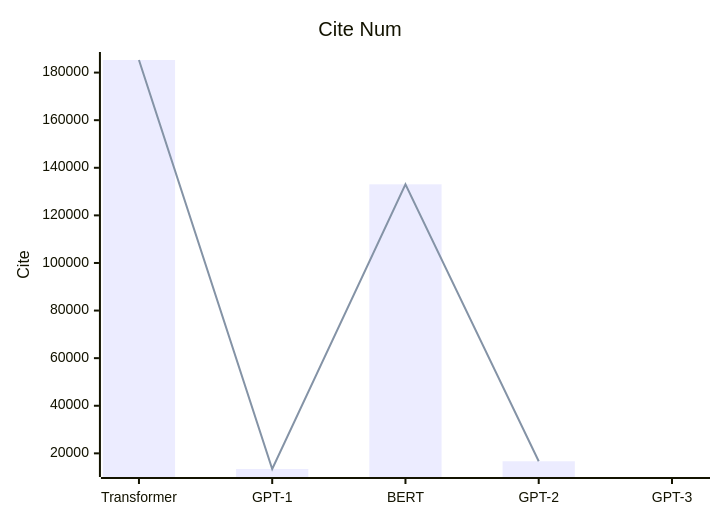
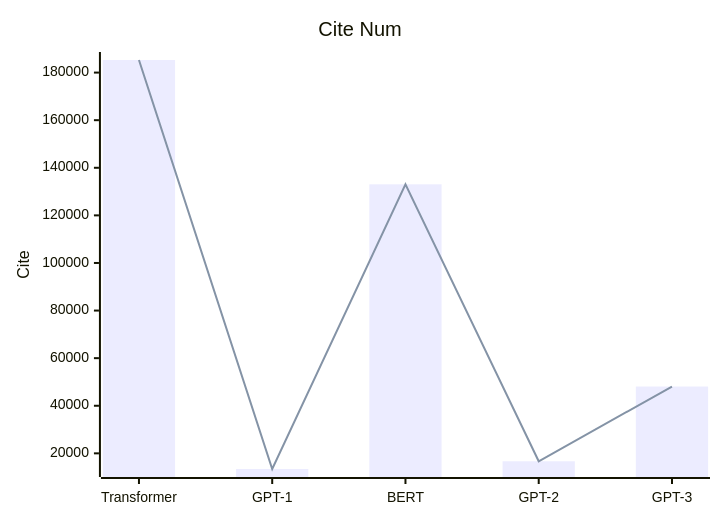
One commit to Elephant-King9/Paper changed the fourth of 4 diagrams in Base_Model/LLM/analyse.md. Above: the diagram before and after it, drawn with Mermaid. The commit also changed other lines of this file and 5 other files, not shown here.

````diff
--- a/Base_Model/LLM/analyse.md
+++ b/Base_Model/LLM/analyse.md
@@ -62,8 +66,8 @@
 ```mermaid
     xychart-beta
     title "Cite Num"
     x-axis [Transformer,GPT-1,BERT,GPT-2,GPT-3]
     y-axis "Cite" 
-    bar [185289,13424,133047,16676]
-    line [185289,13424,133047,16676]
+    bar [185289,13424,133047,16676,48070]
+    line [185289,13424,133047,16676,48070]
 ```
````
